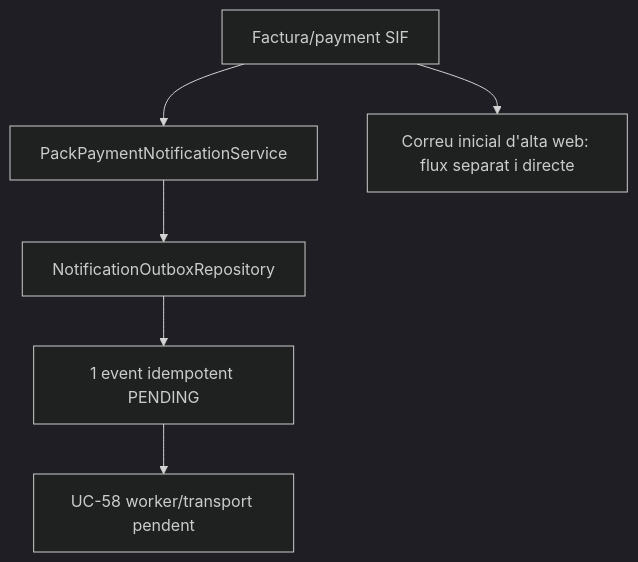
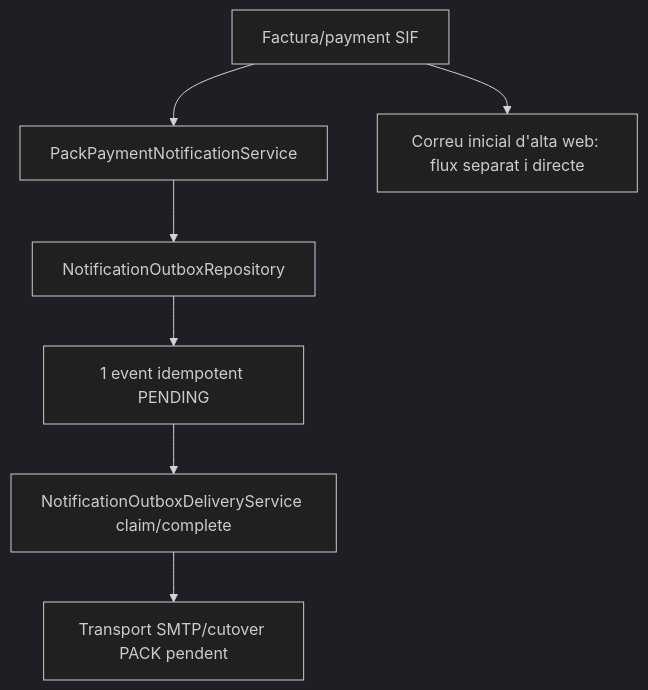
Before and after one commit to orgmeriemprismacat-del/verifactu: diagram 17 of 20 in documentacio/07-uml-integrat/uc-015-activitats-pagines-pack-actual-final.md, drawn with Mermaid (dark theme). The commit also changed other lines of this file, not shown here.

Commit message:
docs(UC-015): actualitzar activitats i estat de delivery

````diff
--- a/documentacio/07-uml-integrat/uc-015-activitats-pagines-pack-actual-final.md
+++ b/documentacio/07-uml-integrat/uc-015-activitats-pagines-pack-actual-final.md
@@ -251,8 +251,9 @@
 ```mermaid
 flowchart TD
 A[Factura/payment SIF] --> B[PackPaymentNotificationService]
 B --> C[NotificationOutboxRepository]
 C --> D[1 event idempotent PENDING]
-D --> E[UC-58 worker/transport pendent]
+D --> E[NotificationOutboxDeliveryService claim/complete]
+E --> G[Transport SMTP/cutover PACK pendent]
 A --> F[Correu inicial d'alta web: flux separat i directe]
 ```
````
